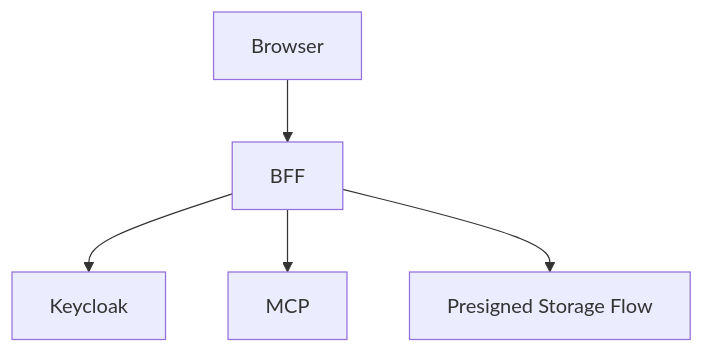
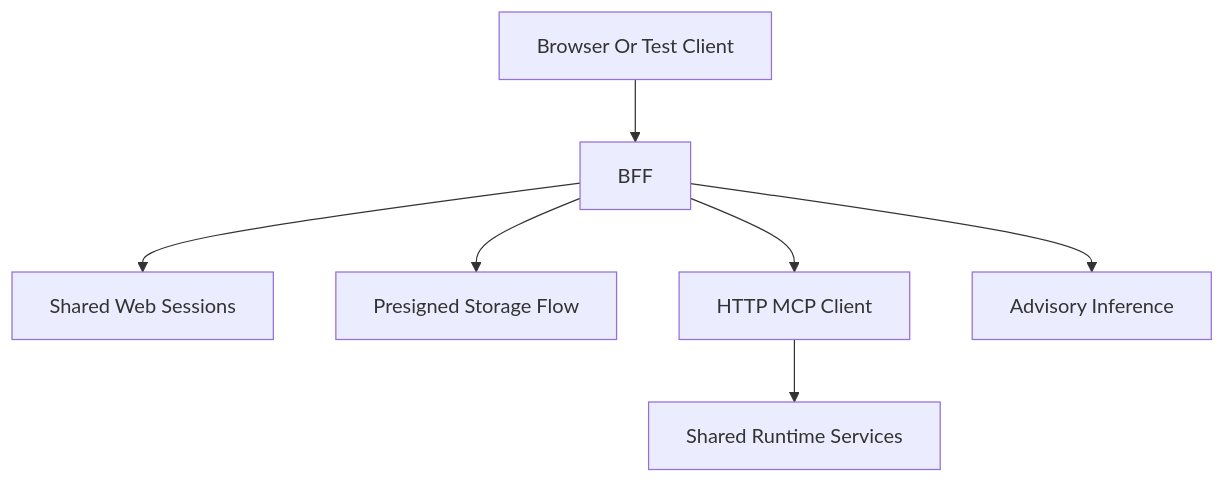
Before and after one commit to Tuee22/studioMCP: the diagram in documents/reference/web_portal_surface.md, drawn with Mermaid. The commit also changed other lines of this file and 76 other files, not shown here.

````diff
--- a/documents/reference/web_portal_surface.md
+++ b/documents/reference/web_portal_surface.md
@@ -47,7 +61,9 @@
 ```mermaid
 flowchart TB
-  Browser[Browser] --> BFF[BFF]
-  BFF --> Keycloak[Keycloak]
-  BFF --> MCP[MCP]
+  Browser[Browser Or Test Client] --> BFF[BFF]
+  BFF --> Sessions[Shared Web Sessions]
   BFF --> Storage[Presigned Storage Flow]
+  BFF --> MCP[HTTP MCP Client]
+  MCP --> Runtime[Shared Runtime Services]
+  BFF --> Inference[Advisory Inference]
 ```
````
